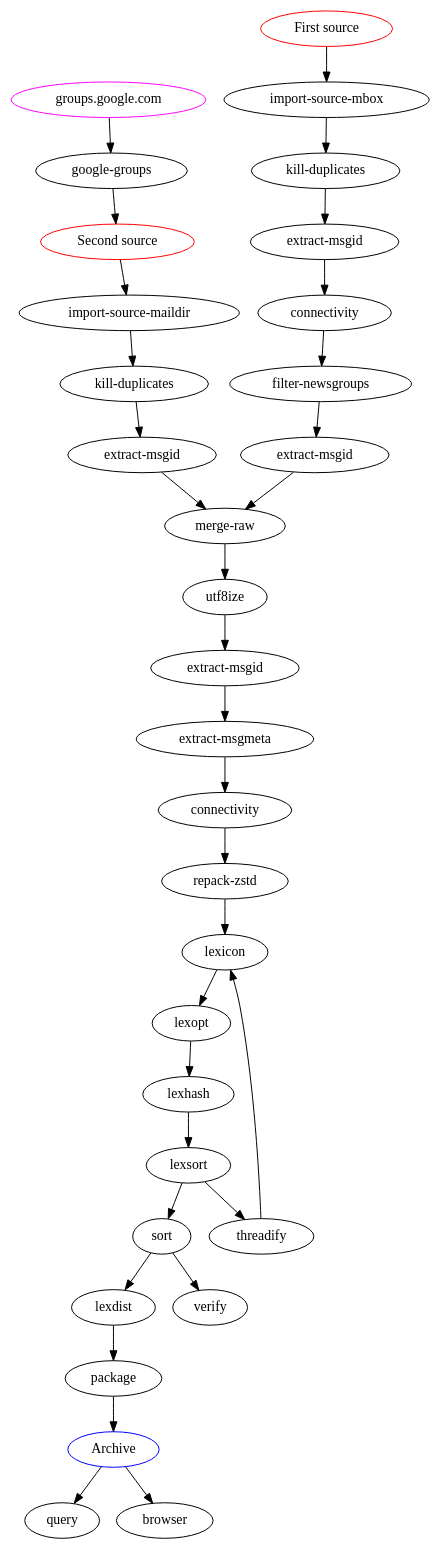
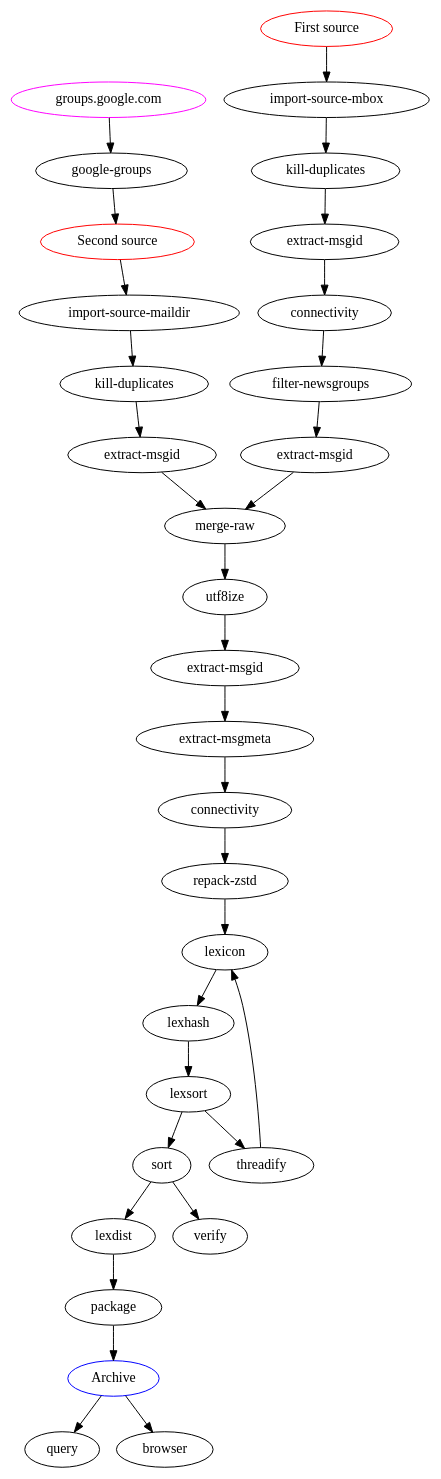
The diagram in doc/pipeline.dot (wolfpld/usenetarchive), drawn with Graphviz before and after one commit. The commit also changed 14 other files, not shown here.

```diff
--- a/doc/pipeline.dot
+++ b/doc/pipeline.dot
@@ -1,58 +1,57 @@
 digraph
 {
     ggsrc[label="groups.google.com", color=magenta];
     gg[label="google-groups"];
 
     src1[label="First source", color=red];
     src2[label="Second source", color=red];
     dst1[label="Archive", color=blue];
 
     mbox[label="import-source-mbox"];
     maildir[label="import-source-maildir"];
 
     kill1[label="kill-duplicates"];
     kill2[label="kill-duplicates"];
 
     msgid1[label="extract-msgid"];
     msgid2[label="extract-msgid"];
     msgid3[label="extract-msgid"];
     msgid4[label="extract-msgid"];
     conn2[label="connectivity"];
 
     filter[label="filter-newsgroups"];
     merge[label="merge-raw"];
     msgmeta[label="extract-msgmeta"];
     repack[label="repack-zstd"];
 
     ggsrc -> gg;
     gg -> src2;
     src1 -> mbox;
     src2 -> maildir;
     mbox -> kill1;
     maildir -> kill2;
     kill1 -> msgid4;
     msgid4 -> conn2;
     conn2 -> filter;
     filter -> msgid1;
     kill2 -> msgid2;
     msgid1 -> merge;
     msgid2 -> merge;
     merge -> utf8ize;
     utf8ize -> msgid3;
     msgid3 -> msgmeta;
     msgmeta -> connectivity;
     connectivity -> repack;
     repack -> lexicon;
-    lexicon -> lexopt;
-    lexopt -> lexhash;
+    lexicon -> lexhash;
     lexhash -> lexsort;
     lexsort -> sort;
     sort -> lexdist;
     sort -> verify;
     lexdist -> package;
     package -> dst1;
     dst1 -> query;
     dst1 -> browser;
     lexsort -> threadify;
     threadify -> lexicon;
 }
```
